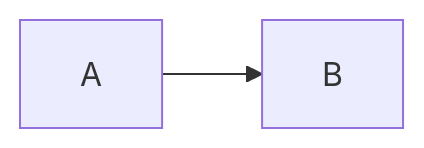
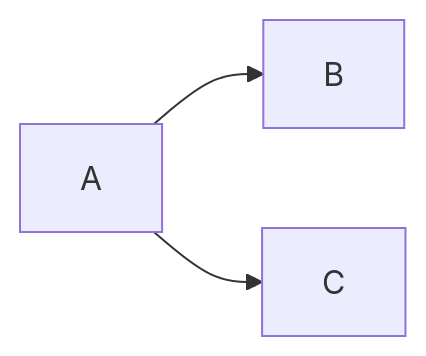
One commit to rishi18722/Rover-1 changed the diagram in README.md. Above: the diagram before and after it, drawn with Mermaid.

````diff
--- a/README.md
+++ b/README.md
@@ -3,4 +3,5 @@
 ```mermaid
 flowchart LR
   A --> B
+A-->C
 ```
````
